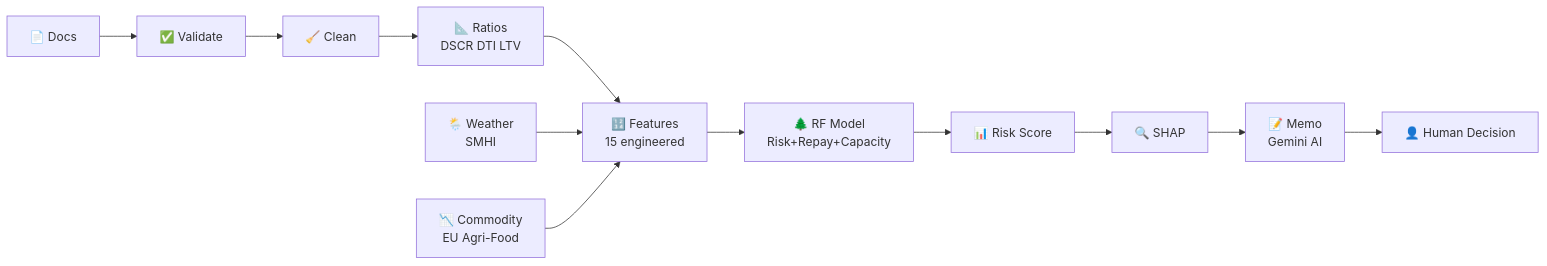
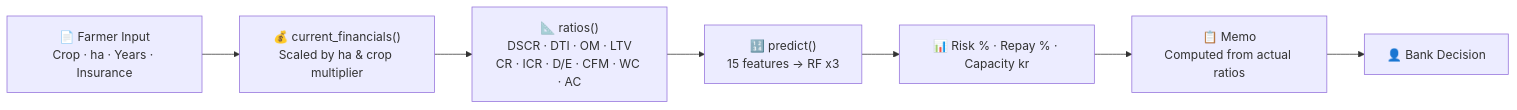
One commit to Uday-Kiran-01/AgriSense changed the second of 4 diagrams in docs/architecture.md. Above: the diagram before and after it, drawn with Mermaid. The commit also changed other lines of this file and 1 other file, not shown here.

Commit message:
Update architecture.md and technical-writeup.md for standalone Streamlit demo + SHAP status

````diff
--- a/docs/architecture.md
+++ b/docs/architecture.md
@@ -76,15 +55,9 @@
 ```mermaid
 flowchart LR
-    A["📄 Docs"] --> B["✅ Validate"]
-    B --> C["🧹 Clean"]
-    C --> D["📐 Ratios<br/>DSCR DTI LTV"]
-    D --> E["🔢 Features<br/>15 engineered"]
-    E --> F["🌲 RF Model<br/>Risk+Repay+Capacity"]
-    F --> G["📊 Risk Score"]
-    G --> H["🔍 SHAP"]
-    H --> I["📝 Memo<br/>Gemini AI"]
-    I --> J["👤 Human Decision"]
-
-    K["🌦️ Weather<br/>SMHI"] --> E
-    L["📉 Commodity<br/>EU Agri-Food"] --> E
+    A["📄 Farmer Input<br/>Crop · ha · Years · Insurance"] --> B["💰 current_financials()<br/>Scaled by ha & crop multiplier"]
+    B --> C["📐 ratios()<br/>DSCR · DTI · OM · LTV<br/>CR · ICR · D/E · CFM · WC · AC"]
+    C --> D["🔢 predict()<br/>15 features → RF x3"]
+    D --> E["📊 Risk % · Repay % · Capacity kr"]
+    E --> F["📋 Memo<br/>Computed from actual ratios"]
+    F --> G["👤 Bank Decision"]
 ```
````
